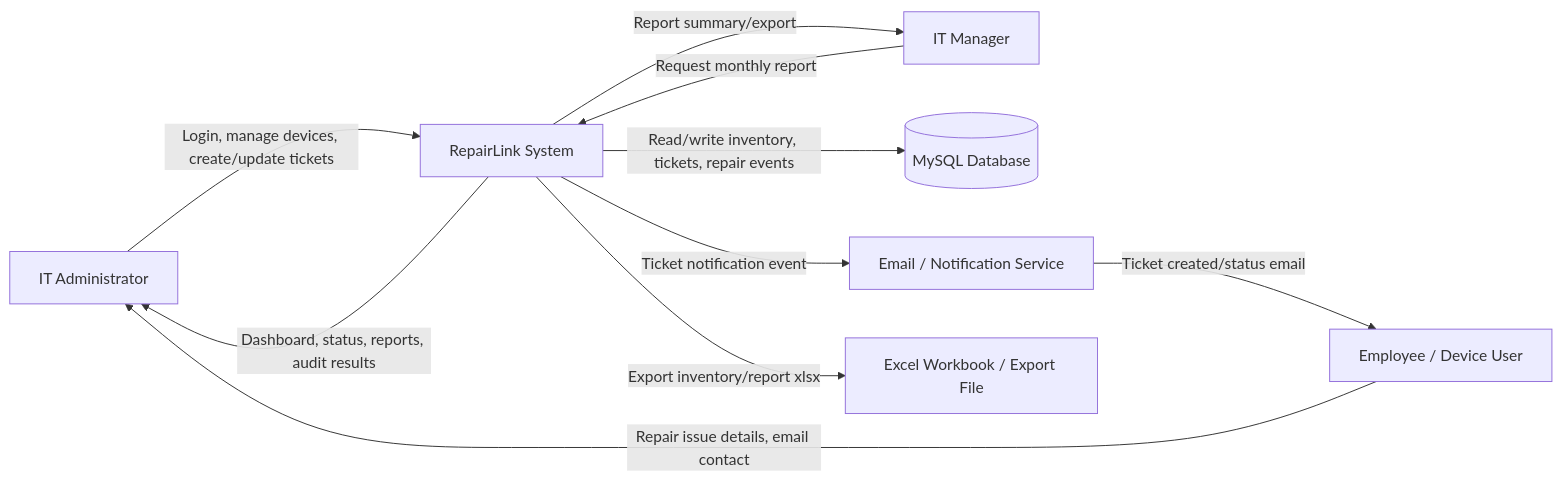
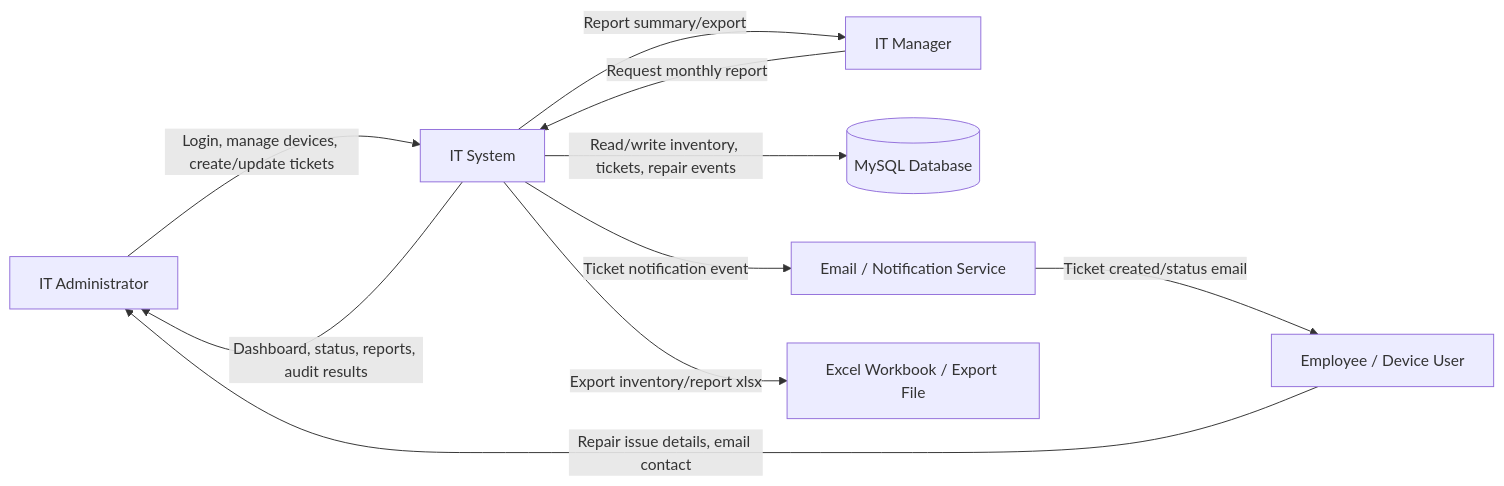
The first of 3 diagrams in docs/project-report-th.md (punnawichplub2547-boop/my-itapp), drawn with Mermaid before and after one commit. The commit also changed other lines of this file and 28 other files, not shown here.

````diff
--- a/docs/project-report-th.md
+++ b/docs/project-report-th.md
@@ -33,20 +33,20 @@
 ```mermaid
 flowchart LR
   Admin[IT Administrator]
   Employee[Employee / Device User]
   Manager[IT Manager]
-  System[RepairLink System]
+  System[IT System]
   DB[(MySQL Database)]
   Email[Email / Notification Service]
   Excel[Excel Workbook / Export File]
 
   Admin -->|Login, manage devices, create/update tickets| System
   Employee -->|Repair issue details, email contact| Admin
   Manager -->|Request monthly report| System
   System -->|Read/write inventory, tickets, repair events| DB
   System -->|Ticket notification event| Email
   System -->|Export inventory/report xlsx| Excel
   System -->|Dashboard, status, reports, audit results| Admin
   System -->|Report summary/export| Manager
   Email -->|Ticket created/status email| Employee
 ```
````
